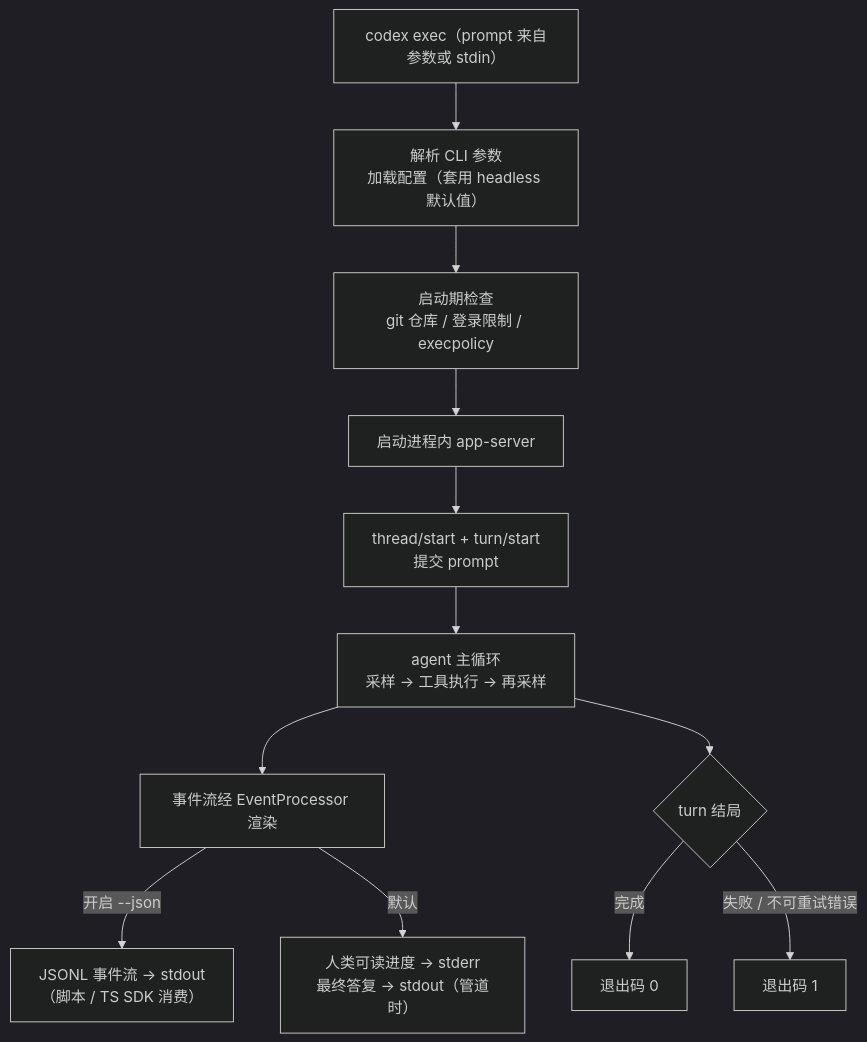
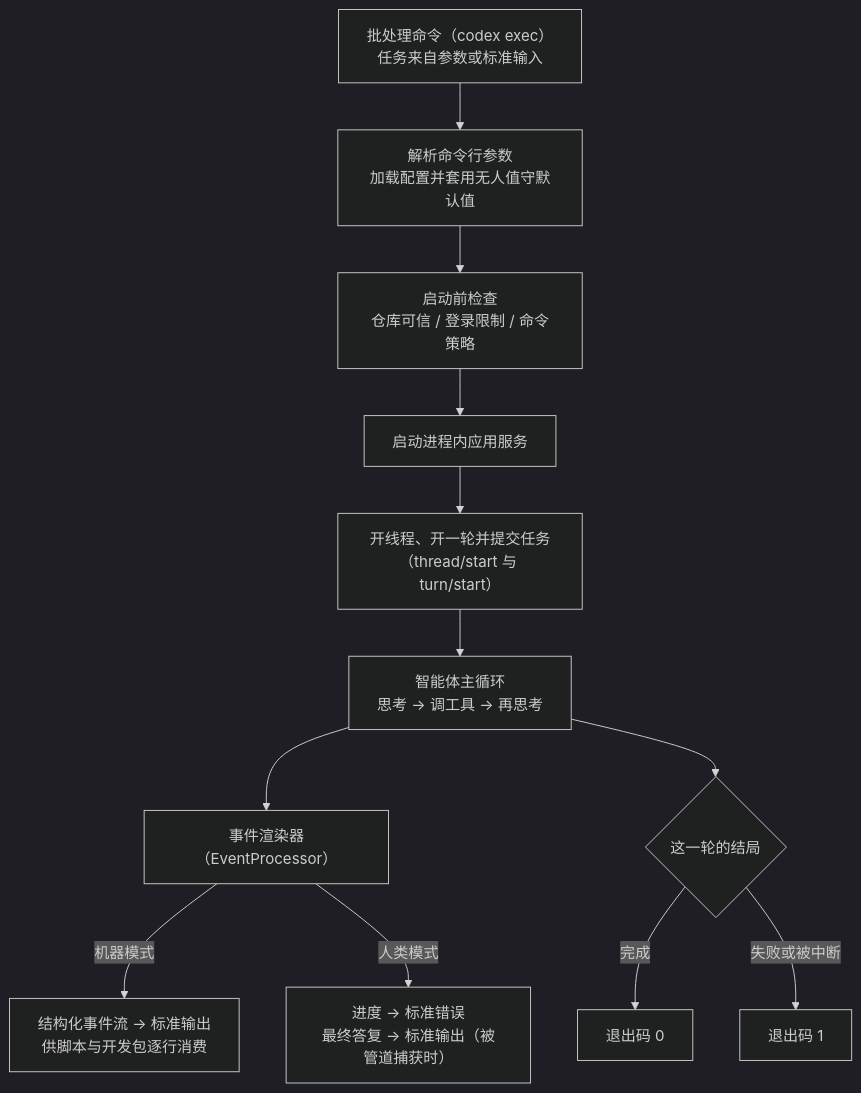
One commit to 13927/codex-book changed the diagram in src/part5/exec-headless.md. Above: the diagram before and after it, drawn with Mermaid (dark theme). The commit also changed other lines of this file and 14 other files, not shown here.

````diff
--- a/src/part5/exec-headless.md
+++ b/src/part5/exec-headless.md
@@ -39,14 +52,14 @@
 ```mermaid
 flowchart TD
-    A["codex exec（prompt 来自参数或 stdin）"] --> B["解析 CLI 参数<br/>加载配置（套用 headless 默认值）"]
-    B --> C["启动期检查<br/>git 仓库 / 登录限制 / execpolicy"]
-    C --> D["启动进程内 app-server"]
-    D --> E["thread/start + turn/start<br/>提交 prompt"]
-    E --> F["agent 主循环<br/>采样 → 工具执行 → 再采样"]
-    F --> G["事件流经 EventProcessor 渲染"]
-    G -- "开启 --json" --> H["JSONL 事件流 → stdout<br/>（脚本 / TS SDK 消费）"]
-    G -- "默认" --> I["人类可读进度 → stderr<br/>最终答复 → stdout（管道时）"]
-    F --> J{"turn 结局"}
+    A["批处理命令（codex exec）<br/>任务来自参数或标准输入"] --> B["解析命令行参数<br/>加载配置并套用无人值守默认值"]
+    B --> C["启动前检查<br/>仓库可信 / 登录限制 / 命令策略"]
+    C --> D["启动进程内应用服务"]
+    D --> E["开线程、开一轮并提交任务<br/>（thread/start 与 turn/start）"]
+    E --> F["智能体主循环<br/>思考 → 调工具 → 再思考"]
+    F --> G["事件渲染器（EventProcessor）"]
+    G -- "机器模式" --> H["结构化事件流 → 标准输出<br/>供脚本与开发包逐行消费"]
+    G -- "人类模式" --> I["进度 → 标准错误<br/>最终答复 → 标准输出（被管道捕获时）"]
+    F --> J{"这一轮的结局"}
     J -- "完成" --> K["退出码 0"]
-    J -- "失败 / 不可重试错误" --> L["退出码 1"]
+    J -- "失败或被中断" --> L["退出码 1"]
 ```
````
